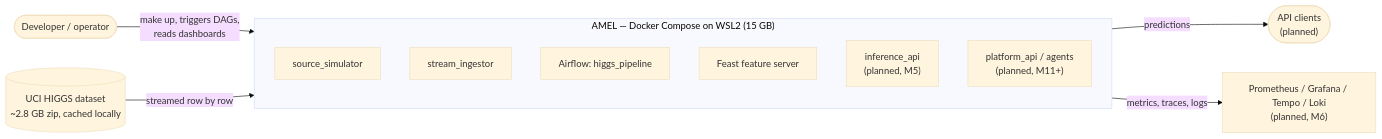
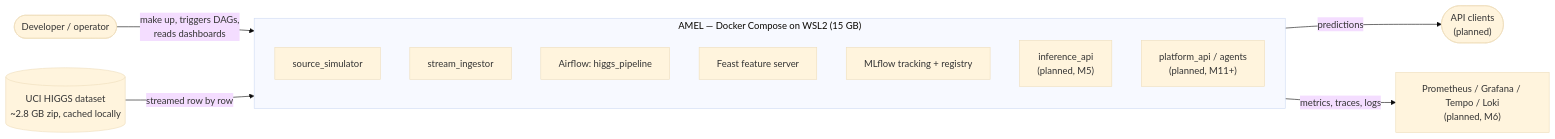
The second of 4 diagrams in ARCHITECTURE.md (chetankumar-works/agentic-ml-engineering-lab), drawn with Mermaid (base theme) before and after one commit. The commit also changed other lines of this file and 28 other files, not shown here.

````diff
--- a/ARCHITECTURE.md
+++ b/ARCHITECTURE.md
@@ -115,18 +115,19 @@
 ```mermaid
 flowchart LR
     dev(["Developer / operator"]) -->|"make up, triggers DAGs,<br/>reads dashboards"| amel
     higgs[("UCI HIGGS dataset<br/>~2.8 GB zip, cached locally")] -->|"streamed row by row"| amel
 
     subgraph amel ["AMEL — Docker Compose on WSL2 (15 GB)"]
         direction TB
         sim["source_simulator"]
         ing["stream_ingestor"]
         af["Airflow: higgs_pipeline"]
         fs["Feast feature server"]
+        ml["MLflow tracking + registry"]
         inf["inference_api<br/>(planned, M5)"]
         plat["platform_api / agents<br/>(planned, M11+)"]
     end
 
     amel -->|"predictions"| clients(["API clients<br/>(planned)"])
     amel -->|"metrics, traces, logs"| obs["Prometheus / Grafana / Tempo / Loki<br/>(planned, M6)"]
 ```
````
